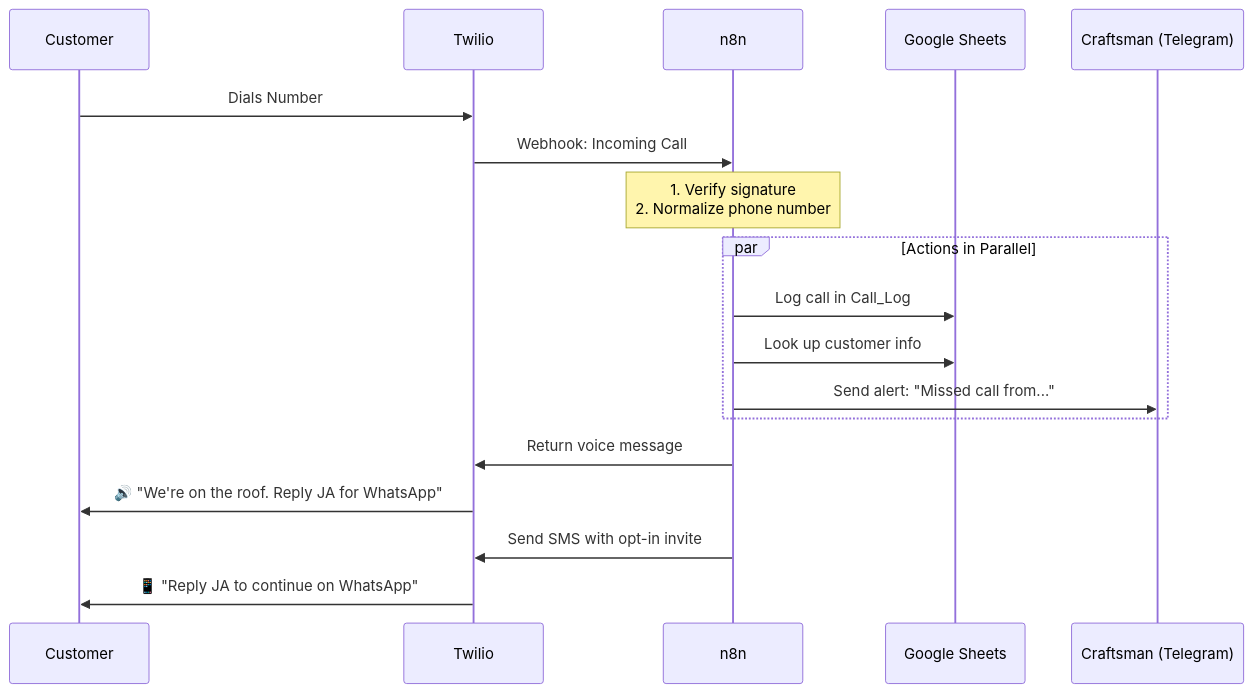
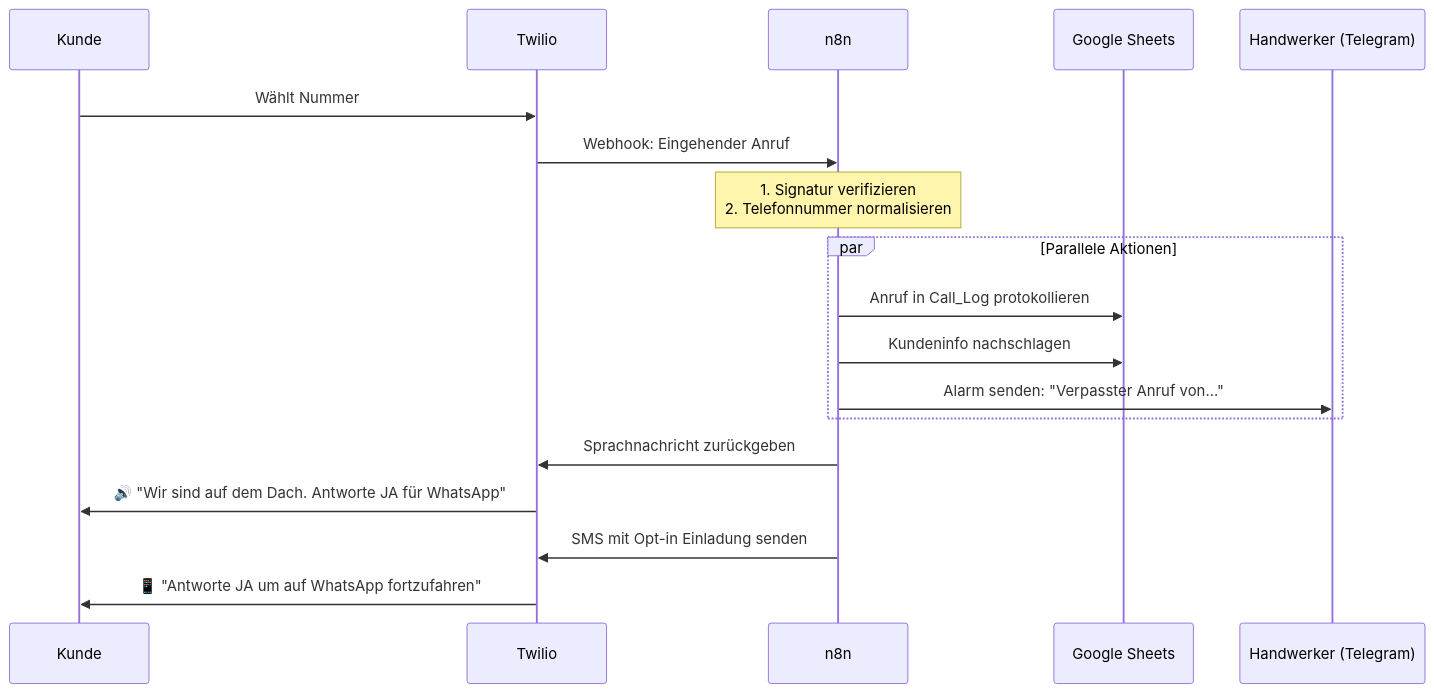
The sixth of 9 diagrams in ARCHITECTURE.md (avion23/meisteranruf-backend), drawn with Mermaid before and after one commit. The commit also changed other lines of this file and 3 other files, not shown here.

````diff
--- a/ARCHITECTURE.md
+++ b/ARCHITECTURE.md
@@ -220,25 +220,25 @@
 ```mermaid
 sequenceDiagram
-    participant C as Customer
+    participant C as Kunde
     participant T as Twilio
     participant N as n8n
     participant G as Google Sheets
-    participant H as Craftsman (Telegram)
+    participant H as Handwerker (Telegram)
 
-    C->>T: Dials Number
-    T->>N: Webhook: Incoming Call
+    C->>T: Wählt Nummer
+    T->>N: Webhook: Eingehender Anruf
     
-    Note over N: 1. Verify signature<br/>2. Normalize phone number
+    Note over N: 1. Signatur verifizieren<br/>2. Telefonnummer normalisieren
     
-    par Actions in Parallel
-        N->>G: Log call in Call_Log
-        N->>G: Look up customer info
-        N->>H: Send alert: "Missed call from..."
+    par Parallele Aktionen
+        N->>G: Anruf in Call_Log protokollieren
+        N->>G: Kundeninfo nachschlagen
+        N->>H: Alarm senden: "Verpasster Anruf von..."
     end
     
-    N->>T: Return voice message
-    T->>C: 🔊 "We're on the roof. Reply JA for WhatsApp"
+    N->>T: Sprachnachricht zurückgeben
+    T->>C: 🔊 "Wir sind auf dem Dach. Antworte JA für WhatsApp"
     
-    N->>T: Send SMS with opt-in invite
-    T->>C: 📱 "Reply JA to continue on WhatsApp"
+    N->>T: SMS mit Opt-in Einladung senden
+    T->>C: 📱 "Antworte JA um auf WhatsApp fortzufahren"
 ```
````
